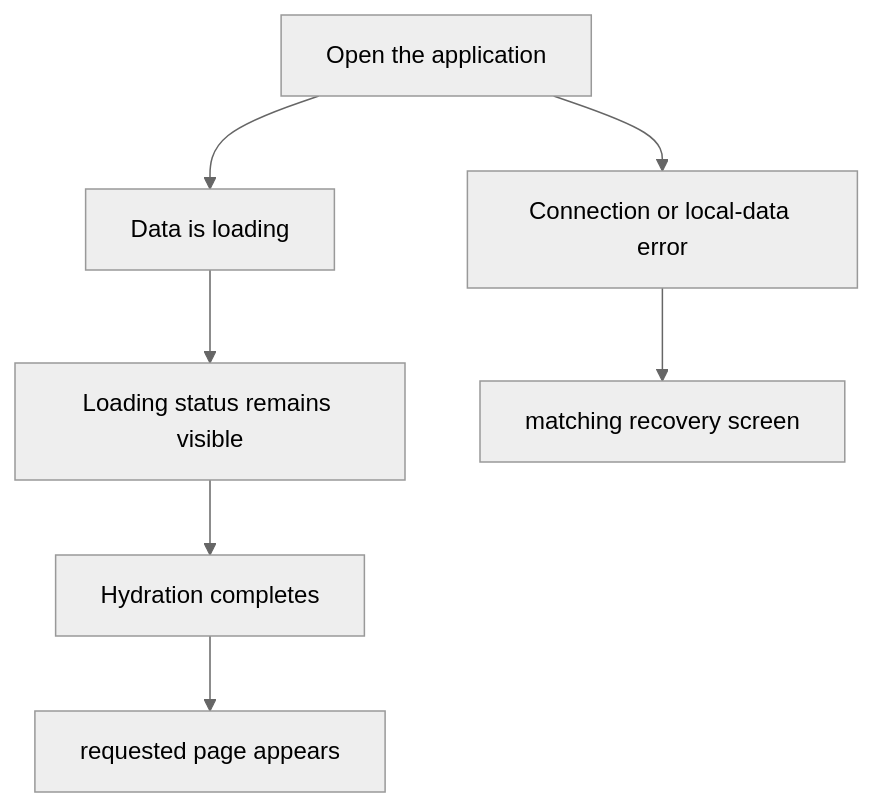
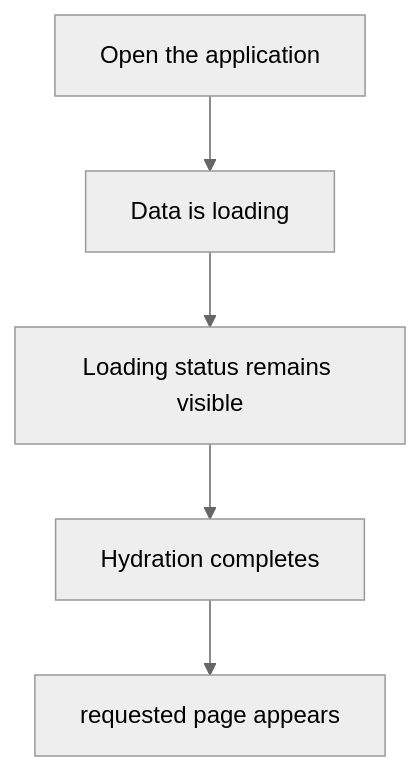
The first of 2 diagrams in user-stories/navigation/US-NAV-03-loading-gate.md (Kevinjohn/capacitylens), drawn with Mermaid (neutral theme) before and after one commit. The commit also changed other lines of this file and 3 other files, not shown here.

First line of the commit message:
Remove the stories for the removed connection and storage recovery screens

````diff
--- a/user-stories/navigation/US-NAV-03-loading-gate.md
+++ b/user-stories/navigation/US-NAV-03-loading-gate.md
@@ -21,16 +21,12 @@
 ```mermaid
 flowchart TD
   human1["Open the application"]
   human2["Data is loading"]
   human3["Loading status remains visible"]
   human4["Hydration completes"]
   human5["requested page appears"]
-  human6["Connection or local-data error"]
-  human7["matching recovery screen"]
   human1 --> human2
   human2 --> human3
   human3 --> human4
   human4 --> human5
-  human1 --> human6
-  human6 --> human7
 ```
````
